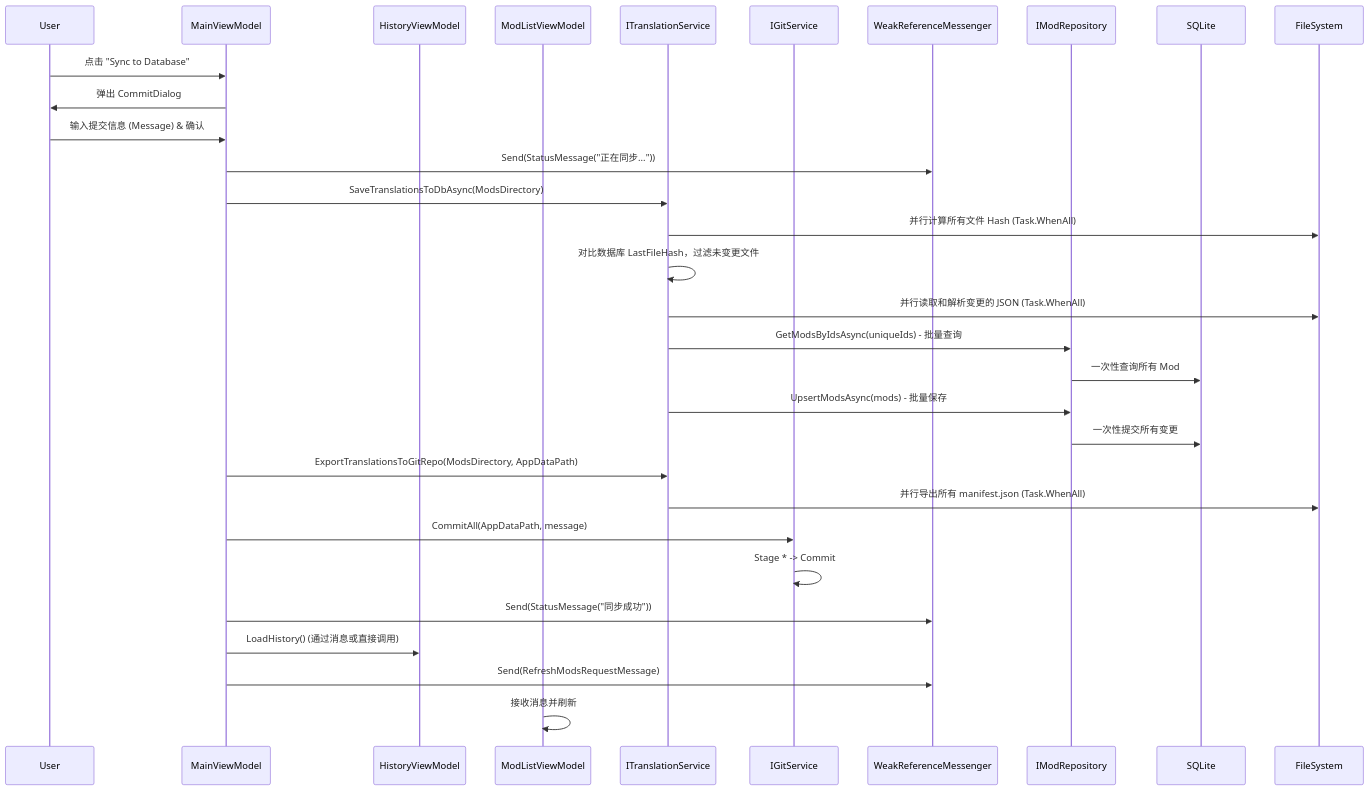
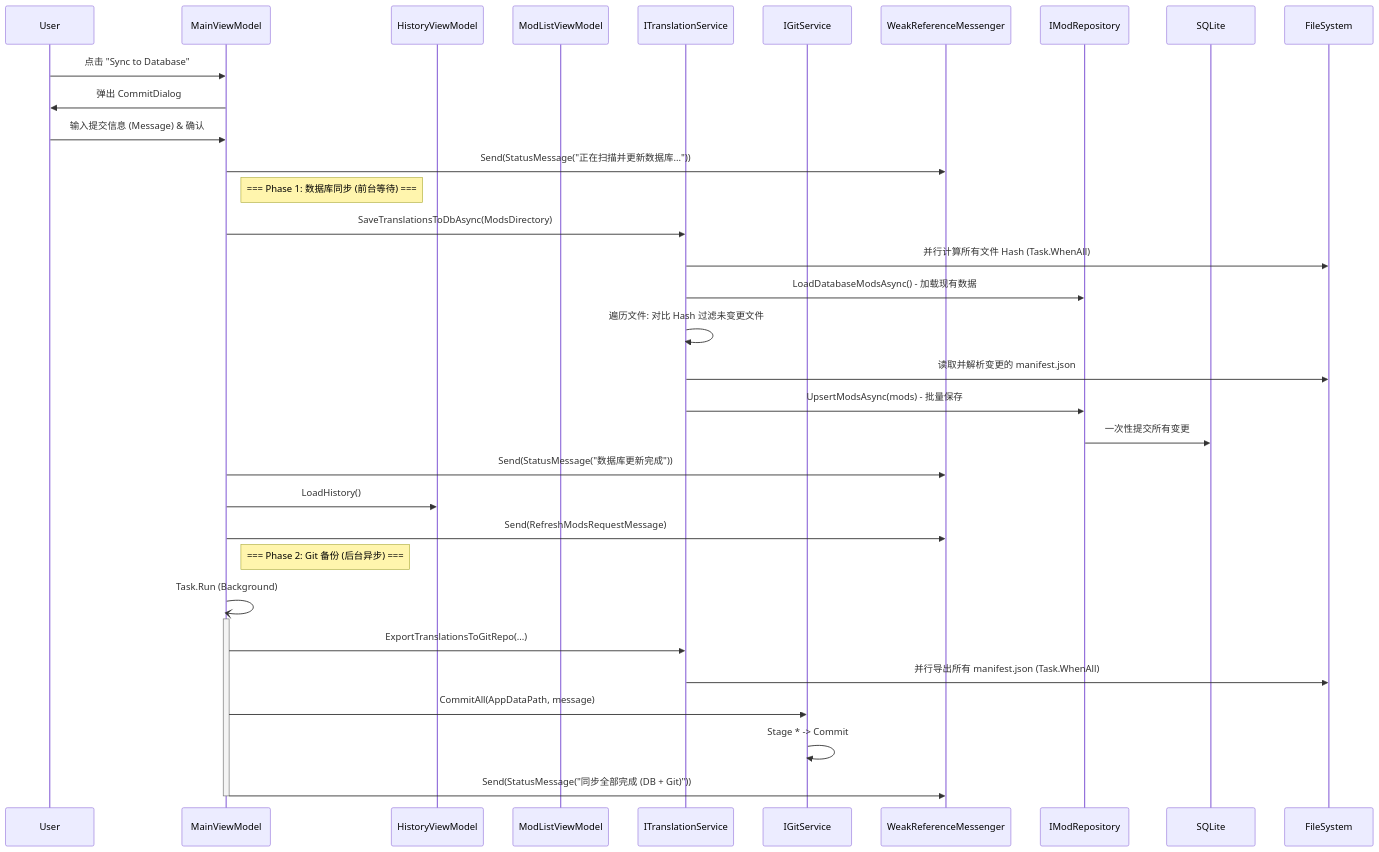
One commit to Sisyphean-a/SMTMS changed the eighth of 11 diagrams in docs/ARCHITECTURE.md. Above: the diagram before and after it, drawn with Mermaid. The commit also changed 6 other files, not shown here.

````diff
--- a/docs/ARCHITECTURE.md
+++ b/docs/ARCHITECTURE.md
@@ -315,38 +315,47 @@
 ```mermaid
 sequenceDiagram
     participant U as User
     participant MainVM as MainViewModel
     participant HistoryVM as HistoryViewModel
     participant ModListVM as ModListViewModel
     participant TS as ITranslationService
     participant GB as IGitService
     participant Msg as WeakReferenceMessenger
     participant Repo as IModRepository
     participant DB as SQLite
     participant FS as FileSystem
 
     U->>MainVM: 点击 "Sync to Database"
     MainVM->>U: 弹出 CommitDialog
     U->>MainVM: 输入提交信息 (Message) & 确认
 
-    MainVM->>Msg: Send(StatusMessage("正在同步..."))
+    MainVM->>Msg: Send(StatusMessage("正在扫描并更新数据库..."))
+    
+    note right of MainVM: === Phase 1: 数据库同步 (前台等待) ===
+
     MainVM->>TS: SaveTranslationsToDbAsync(ModsDirectory)
     TS->>FS: 并行计算所有文件 Hash (Task.WhenAll)
-    TS->>TS: 对比数据库 LastFileHash，过滤未变更文件
-    TS->>FS: 并行读取和解析变更的 JSON (Task.WhenAll)
-    TS->>Repo: GetModsByIdsAsync(uniqueIds) - 批量查询
-    Repo->>DB: 一次性查询所有 Mod
+    TS->>Repo: LoadDatabaseModsAsync() - 加载现有数据
+    TS->>TS: 遍历文件: 对比 Hash 过滤未变更文件
+    TS->>FS: 读取并解析变更的 manifest.json
     TS->>Repo: UpsertModsAsync(mods) - 批量保存
     Repo->>DB: 一次性提交所有变更
+    
+    MainVM->>Msg: Send(StatusMessage("数据库更新完成"))
+    MainVM->>HistoryVM: LoadHistory()
+    MainVM->>Msg: Send(RefreshModsRequestMessage)
 
-    MainVM->>TS: ExportTranslationsToGitRepo(ModsDirectory, AppDataPath)
+    note right of MainVM: === Phase 2: Git 备份 (后台异步) ===
+    
+    MainVM-)MainVM: Task.Run (Background)
+    activate MainVM
+    
+    MainVM->>TS: ExportTranslationsToGitRepo(...)
     TS->>FS: 并行导出所有 manifest.json (Task.WhenAll)
 
     MainVM->>GB: CommitAll(AppDataPath, message)
     GB->>GB: Stage * -> Commit
-
-    MainVM->>Msg: Send(StatusMessage("同步成功"))
-    MainVM->>HistoryVM: LoadHistory() (通过消息或直接调用)
-    MainVM->>Msg: Send(RefreshModsRequestMessage)
-    ModListVM->>ModListVM: 接收消息并刷新
+    
+    MainVM->>Msg: Send(StatusMessage("同步全部完成 (DB + Git)"))
+    deactivate MainVM
 ```
````
